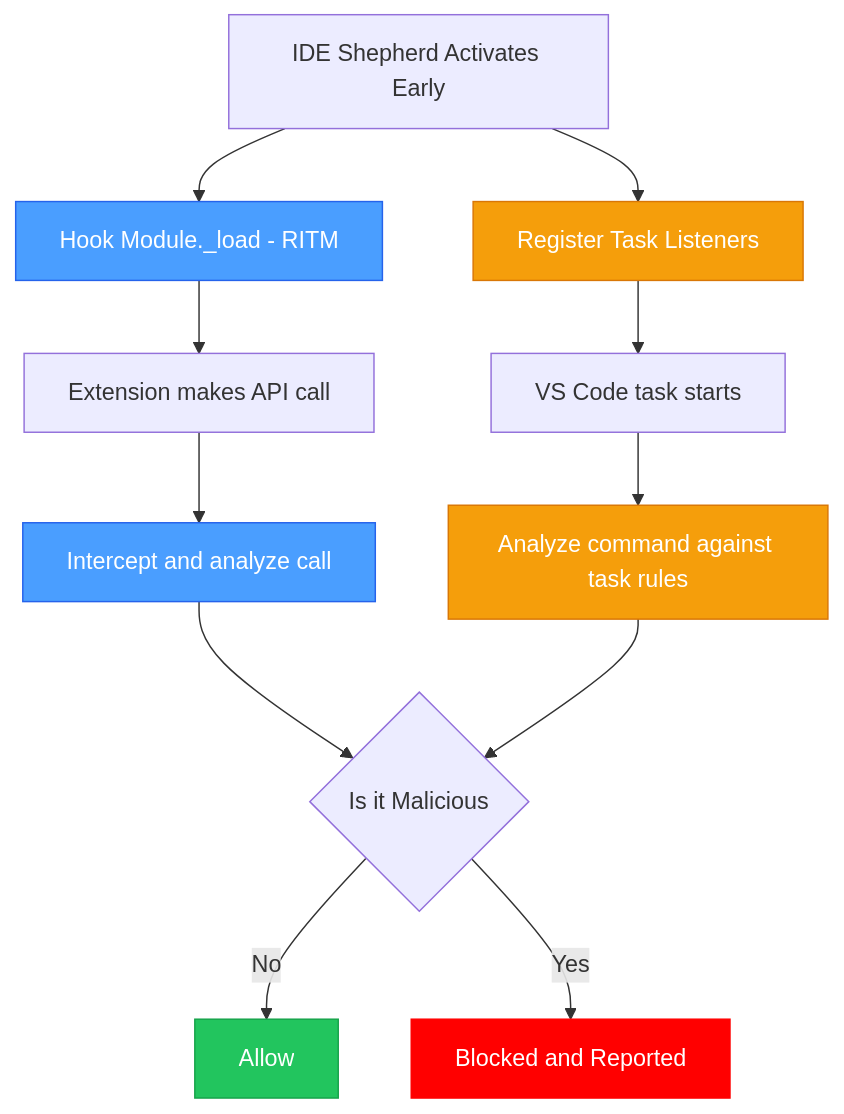
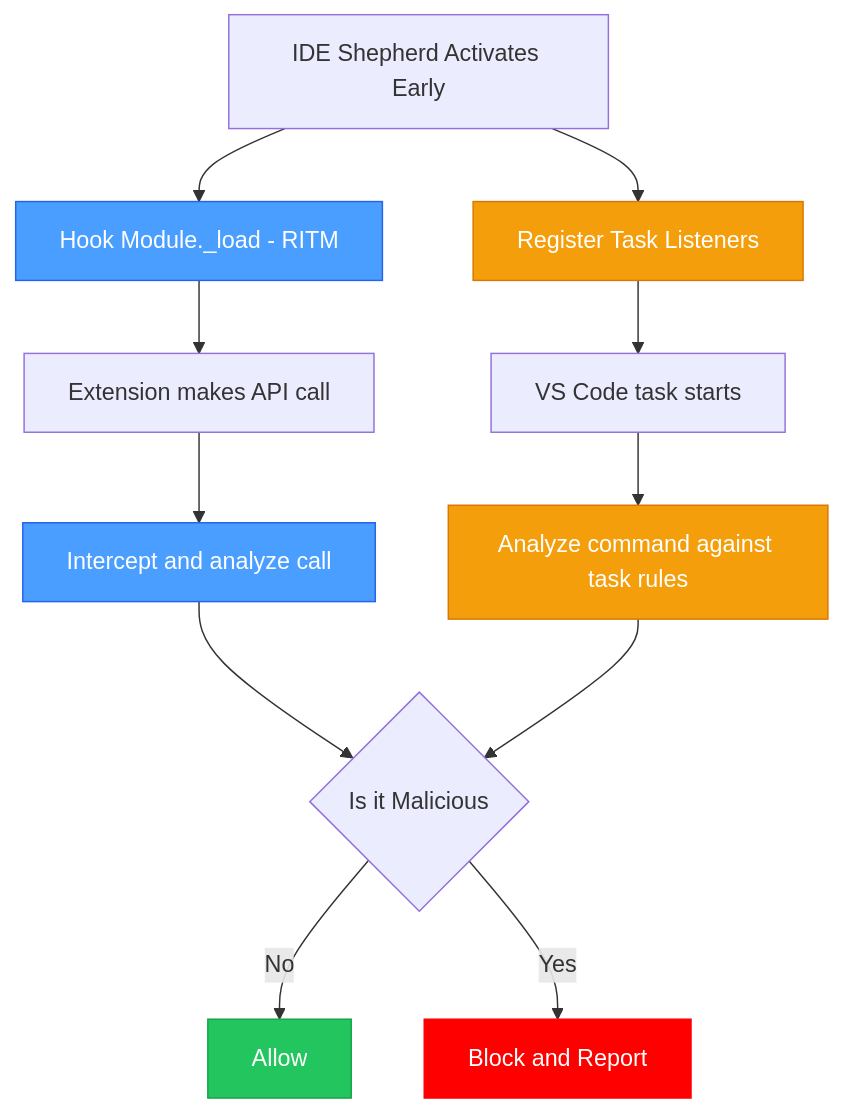
The diagram in README.md (DataDog/IDE-SHEPHERD-extension), drawn with Mermaid before and after one commit.

Commit message:
Update mermaid flowchart in README

````diff
--- a/README.md
+++ b/README.md
@@ -36,25 +36,25 @@
 ```mermaid
 flowchart TD
     A[IDE Shepherd Activates Early]
 
     A --> B[Hook Module._load - RITM]
     A --> C[Register Task Listeners]
 
     B --> D[Extension makes API call]
     D --> E[Intercept and analyze call]
     E --> F{Is it Malicious}
     F --No --> R0[Allow]
-    F --Yes --> R1[Blocked and Reported]
+    F --Yes --> R1[Block and Report]
 
 
     C --> G[VS Code task starts]
     G --> H[Analyze command against task rules]
     H --> F
 
     style B fill:#4a9eff,stroke:#2563eb,color:#fff
     style E fill:#4a9eff,stroke:#2563eb,color:#fff
     style R1 fill:#ff0000,stroke:#ff0000,color:#fff
     style R0 fill:#22c55e,stroke:#16a34a,color:#fff
     style C fill:#f59e0b,stroke:#d97706,color:#fff
     style H fill:#f59e0b,stroke:#d97706,color:#fff
 ```
````
